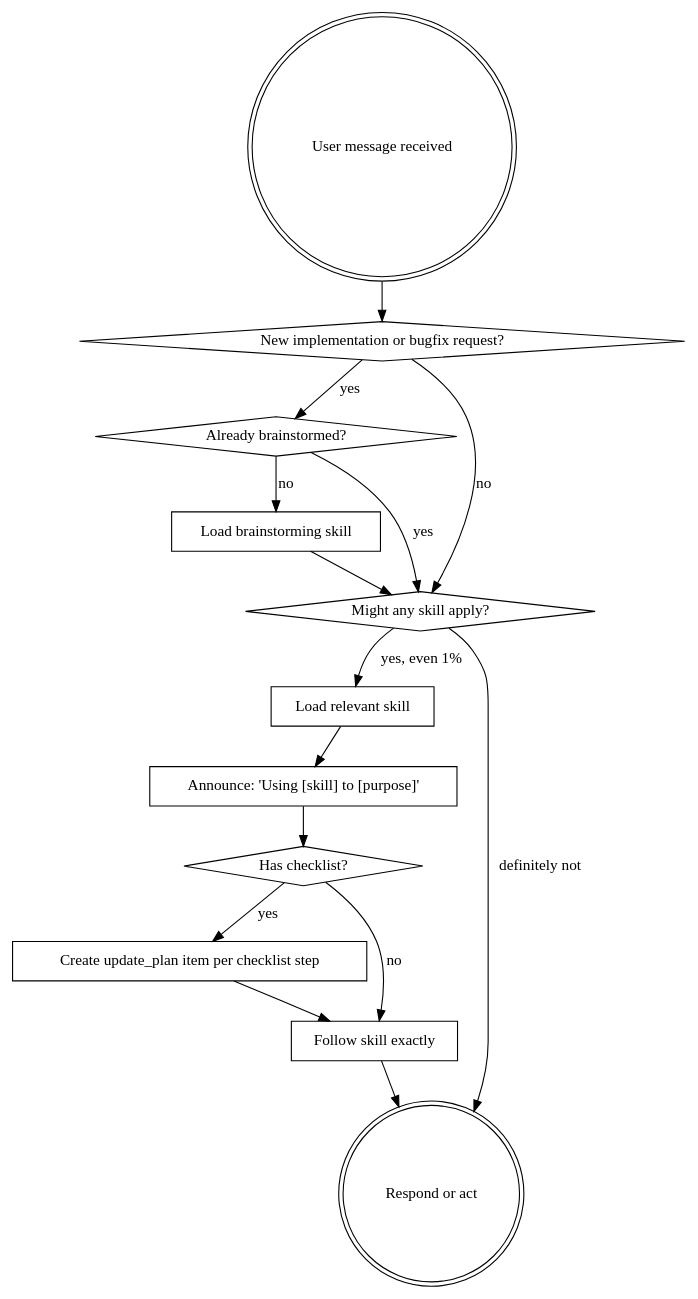
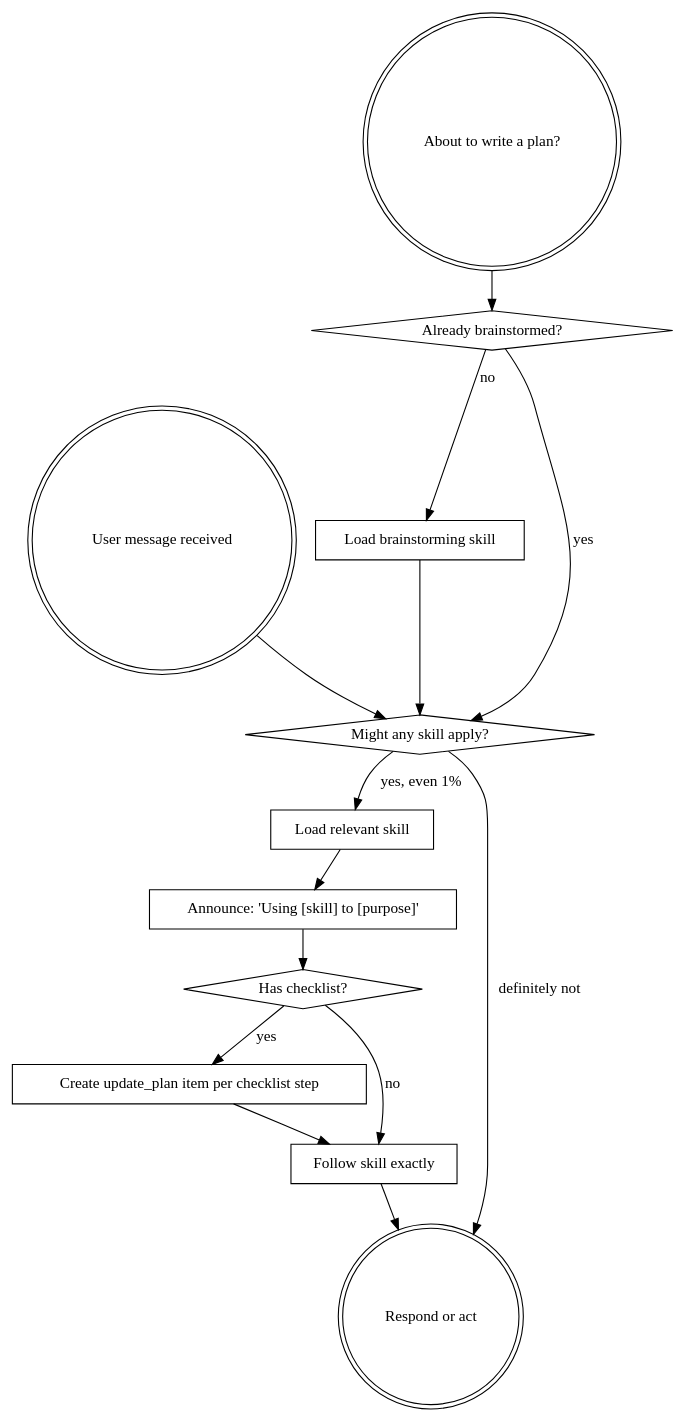
The diagram in skills/using-superpowers/SKILL.md (obra/superpowers), drawn with Graphviz before and after one commit. The commit also changed other lines of this file and 169 other files, not shown here.

````diff
--- a/skills/using-superpowers/SKILL.md
+++ b/skills/using-superpowers/SKILL.md
@@ -55,30 +57,29 @@
 ```dot
 digraph skill_flow {
     "User message received" [shape=doublecircle];
-    "New implementation or bugfix request?" [shape=diamond];
+    "About to write a plan?" [shape=doublecircle];
     "Already brainstormed?" [shape=diamond];
     "Load brainstorming skill" [shape=box];
     "Might any skill apply?" [shape=diamond];
     "Load relevant skill" [shape=box];
     "Announce: 'Using [skill] to [purpose]'" [shape=box];
     "Has checklist?" [shape=diamond];
     "Create update_plan item per checklist step" [shape=box];
     "Follow skill exactly" [shape=box];
     "Respond or act" [shape=doublecircle];
 
-    "User message received" -> "New implementation or bugfix request?";
-    "New implementation or bugfix request?" -> "Already brainstormed?" [label="yes"];
-    "New implementation or bugfix request?" -> "Might any skill apply?" [label="no"];
+    "About to write a plan?" -> "Already brainstormed?";
     "Already brainstormed?" -> "Load brainstorming skill" [label="no"];
     "Already brainstormed?" -> "Might any skill apply?" [label="yes"];
     "Load brainstorming skill" -> "Might any skill apply?";
+    "User message received" -> "Might any skill apply?";
     "Might any skill apply?" -> "Load relevant skill" [label="yes, even 1%"];
     "Might any skill apply?" -> "Respond or act" [label="definitely not"];
     "Load relevant skill" -> "Announce: 'Using [skill] to [purpose]'";
     "Announce: 'Using [skill] to [purpose]'" -> "Has checklist?";
     "Has checklist?" -> "Create update_plan item per checklist step" [label="yes"];
     "Has checklist?" -> "Follow skill exactly" [label="no"];
     "Create update_plan item per checklist step" -> "Follow skill exactly";
     "Follow skill exactly" -> "Respond or act";
 }
 ```
````
